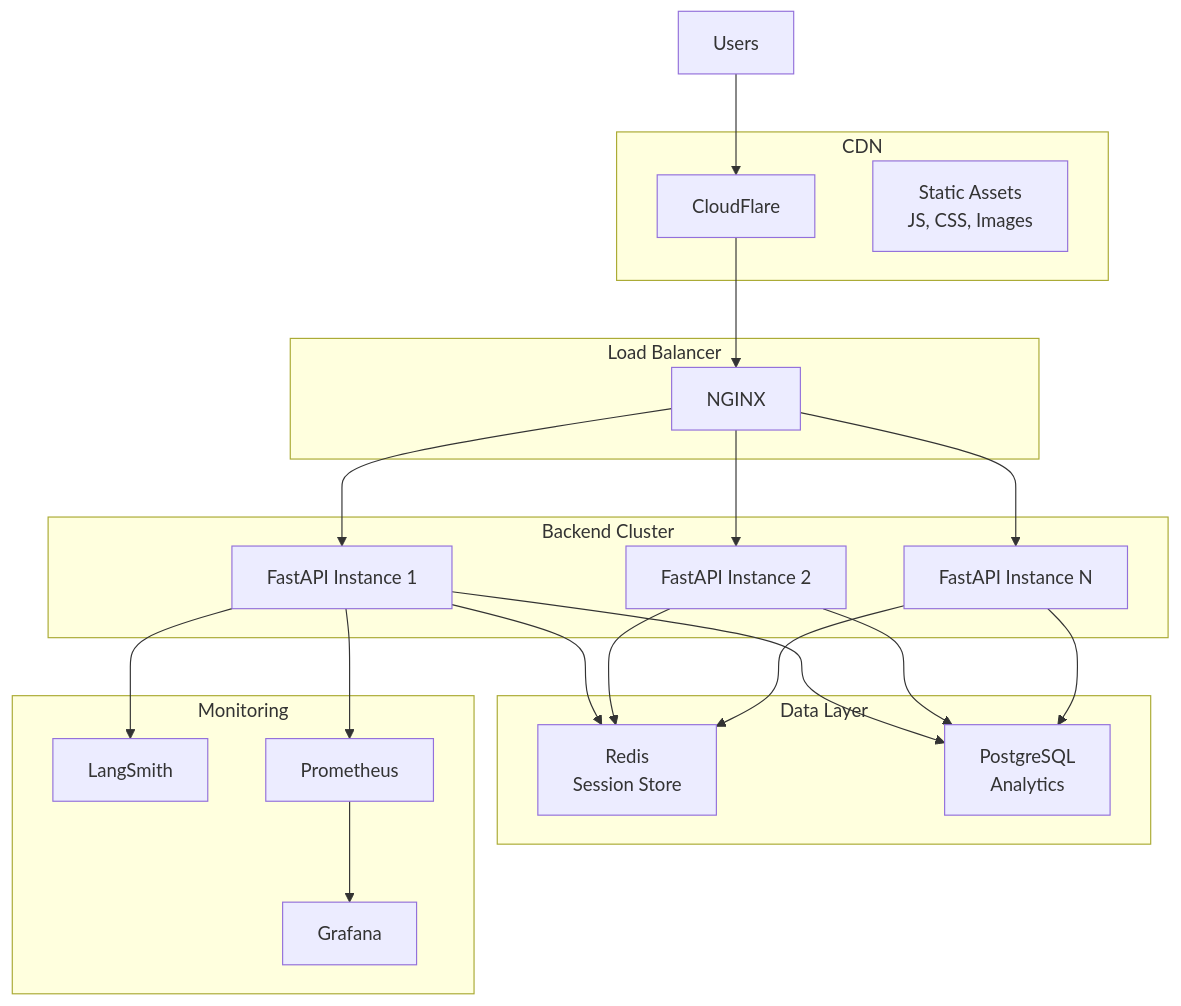
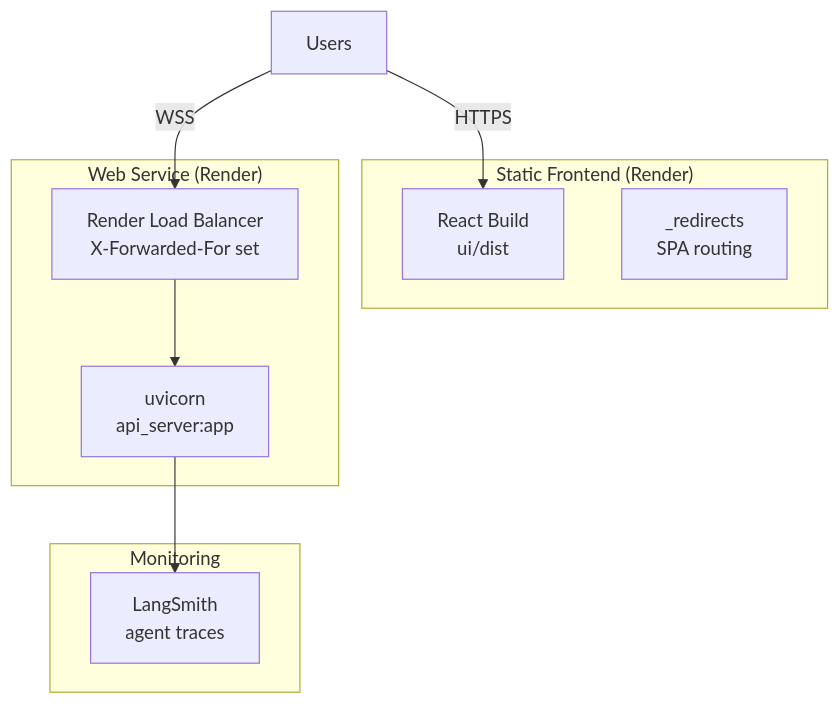
One commit to saikiranaravala/PersonalizedVoiceLocationAwareAgent changed diagram 16 of 31 in docs/DIAGRAMS.md. Above: the diagram before and after it, drawn with Mermaid. The commit also changed other lines of this file and 4 other files, not shown here.

````diff
--- a/docs/DIAGRAMS.md
+++ b/docs/DIAGRAMS.md
@@ -440,43 +575,21 @@
 ```mermaid
 graph TB
-    subgraph "CDN"
-        A[CloudFlare]
-        B[Static Assets<br/>JS, CSS, Images]
+    subgraph "Static Frontend (Render)"
+        A[React Build<br/>ui/dist]
+        B[_redirects<br/>SPA routing]
     end
-    
-    subgraph "Load Balancer"
-        C[NGINX]
+
+    subgraph "Web Service (Render)"
+        C[uvicorn<br/>api_server:app]
+        LB[Render Load Balancer<br/>X-Forwarded-For set]
     end
-    
-    subgraph "Backend Cluster"
-        D[FastAPI Instance 1]
-        E[FastAPI Instance 2]
-        F[FastAPI Instance N]
+
+    subgraph "Monitoring"
+        I[LangSmith<br/>agent traces]
     end
-    
-    subgraph "Data Layer"
-        G[Redis<br/>Session Store]
-        H[PostgreSQL<br/>Analytics]
-    end
-    
-    subgraph "Monitoring"
-        I[LangSmith]
-        J[Prometheus]
-        K[Grafana]
-    end
-    
-    Users --> A
-    A --> C
-    C --> D
-    C --> E
-    C --> F
-    D --> G
-    E --> G
-    F --> G
-    D --> H
-    E --> H
-    F --> H
-    D --> I
-    D --> J
-    J --> K
+
+    Users -->|HTTPS| A
+    Users -->|WSS| LB
+    LB --> C
+    C --> I
 ```
````
